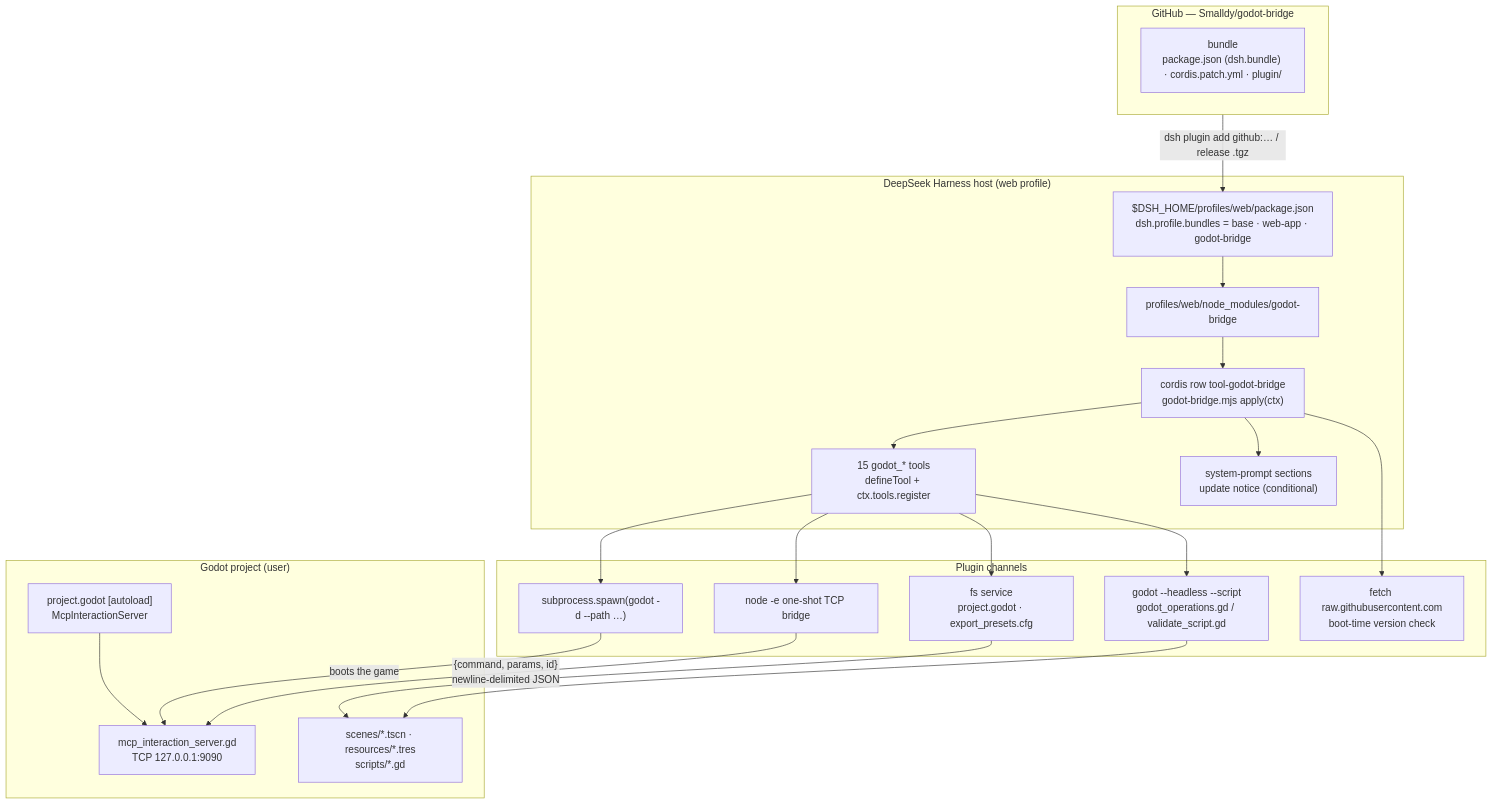
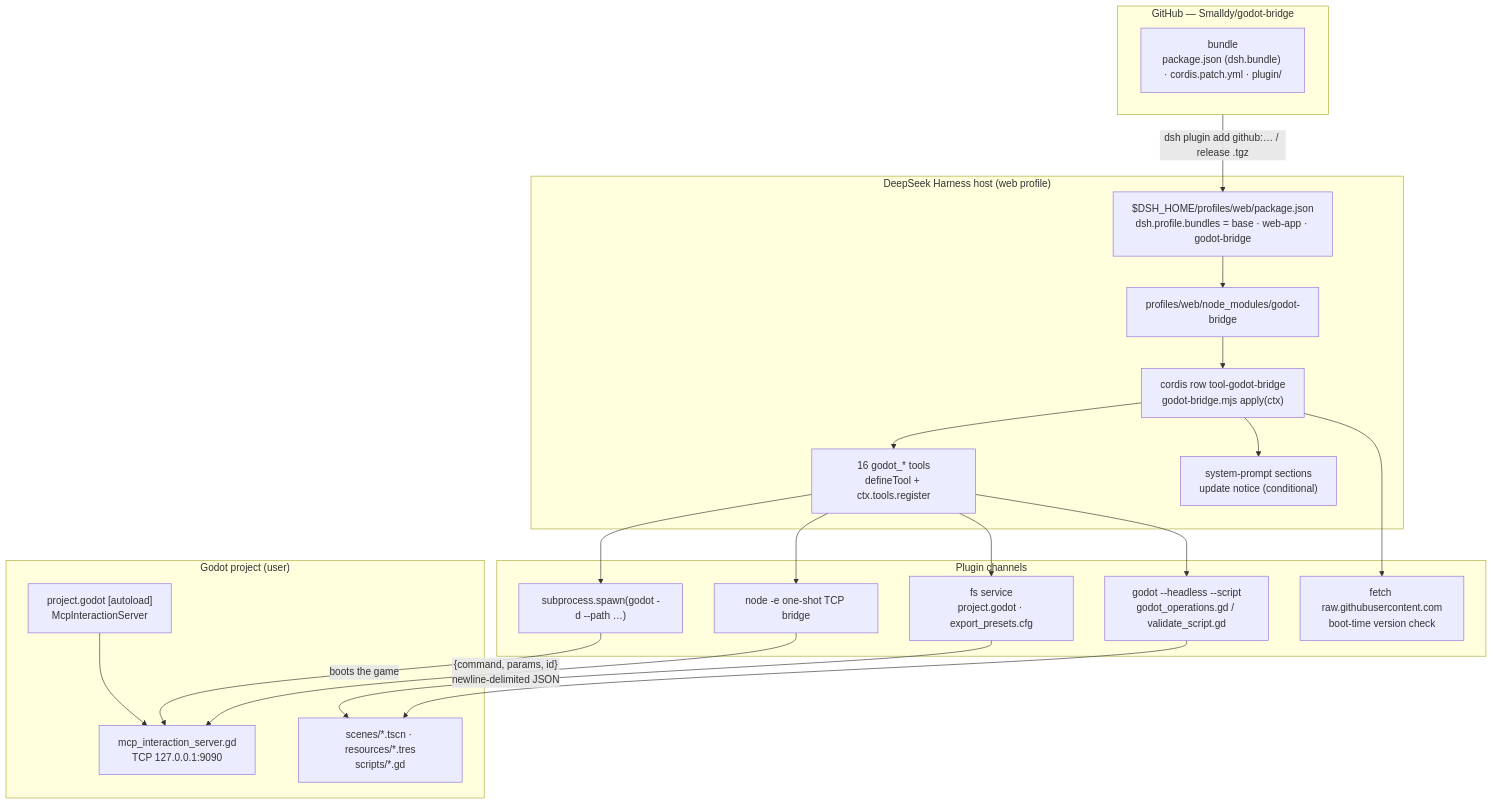
One commit to Smalldy/godot-bridge changed the first of 4 diagrams in ARCHITECTURE.md. Above: the diagram before and after it, drawn with Mermaid. The commit also changed 9 other files, not shown here.

````diff
--- a/ARCHITECTURE.md
+++ b/ARCHITECTURE.md
@@ -47,44 +47,44 @@
 ```mermaid
 flowchart TB
     subgraph GITHUB["GitHub — Smalldy/godot-bridge"]
         REPO["bundle<br/>package.json (dsh.bundle) · cordis.patch.yml · plugin/"]
     end
 
     subgraph DSH["DeepSeek Harness host (web profile)"]
         PROFILE["$DSH_HOME/profiles/web/package.json<br/>dsh.profile.bundles = base · web-app · godot-bridge"]
         NODE["profiles/web/node_modules/godot-bridge"]
         PLUGIN["cordis row tool-godot-bridge<br/>godot-bridge.mjs apply(ctx)"]
-        TOOLS["15 godot_* tools<br/>defineTool + ctx.tools.register"]
+        TOOLS["16 godot_* tools<br/>defineTool + ctx.tools.register"]
         PROMPT["system-prompt sections<br/>update notice (conditional)"]
     end
 
     subgraph CHANNELS["Plugin channels"]
         BRIDGE["node -e one-shot TCP bridge"]
         HEADLESS["godot --headless --script<br/>godot_operations.gd / validate_script.gd"]
         PROC["subprocess.spawn(godot -d --path …)"]
         FILE["fs service<br/>project.godot · export_presets.cfg"]
         NET["fetch raw.githubusercontent.com<br/>boot-time version check"]
     end
 
     subgraph GAME["Godot project (user)"]
         AUTOLOAD["project.godot [autoload]<br/>McpInteractionServer"]
         SERVER["mcp_interaction_server.gd<br/>TCP 127.0.0.1:9090"]
         SFILES["scenes/*.tscn · resources/*.tres<br/>scripts/*.gd"]
     end
 
     GITHUB -->|"dsh plugin add github:… / release .tgz"| PROFILE
     PROFILE --> NODE
     NODE --> PLUGIN
     PLUGIN --> TOOLS
     PLUGIN --> PROMPT
     TOOLS --> BRIDGE
     BRIDGE -->|"{command, params, id}<br/>newline-delimited JSON"| SERVER
     TOOLS --> HEADLESS
     HEADLESS --> SFILES
     TOOLS --> PROC
     PROC -->|"boots the game"| SERVER
     TOOLS --> FILE
     FILE --> SFILES
     PLUGIN --> NET
     AUTOLOAD --> SERVER
 ```
````
